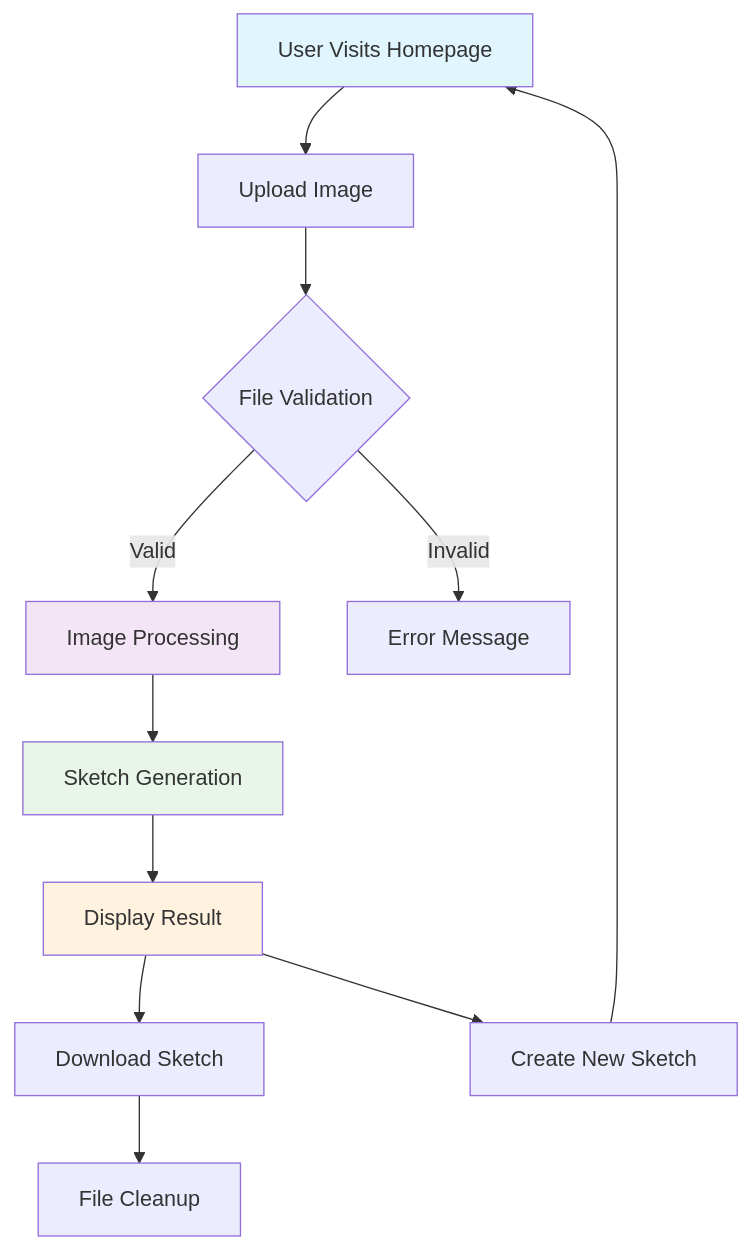
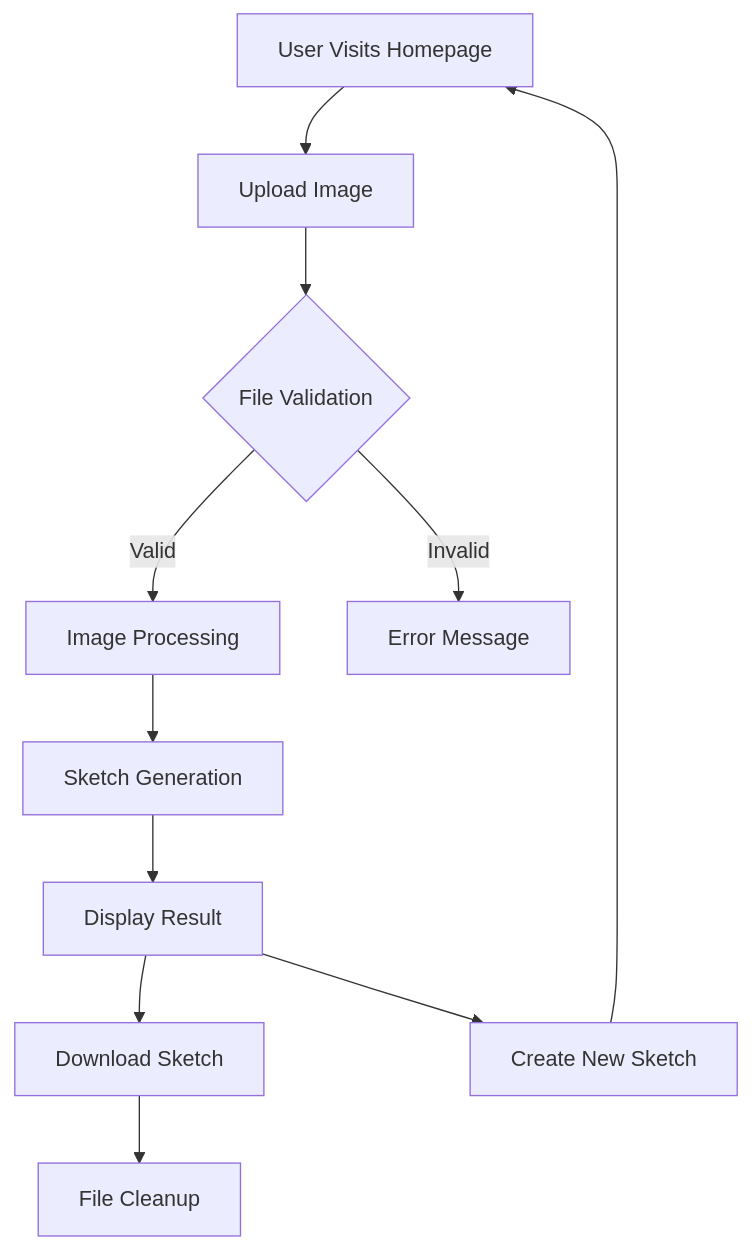
The first of 4 diagrams in README.md (devtitus/DoodlePic-Project), drawn with Mermaid before and after one commit. The commit also changed other lines of this file, not shown here.

Commit message:
Remove unnecessary style definitions from flowcharts in README.md

````diff
--- a/README.md
+++ b/README.md
@@ -46,18 +46,14 @@
 ```mermaid
 graph TB
     A[User Visits Homepage] --> B[Upload Image]
     B --> C{File Validation}
     C -->|Valid| D[Image Processing]
     C -->|Invalid| E[Error Message]
     D --> F[Sketch Generation]
     F --> G[Display Result]
     G --> H[Download Sketch]
     G --> I[Create New Sketch]
     I --> A
     H --> J[File Cleanup]
 
-    style A fill:#e1f5fe
-    style D fill:#f3e5f5
-    style F fill:#e8f5e8
-    style G fill:#fff3e0
 ```
````
